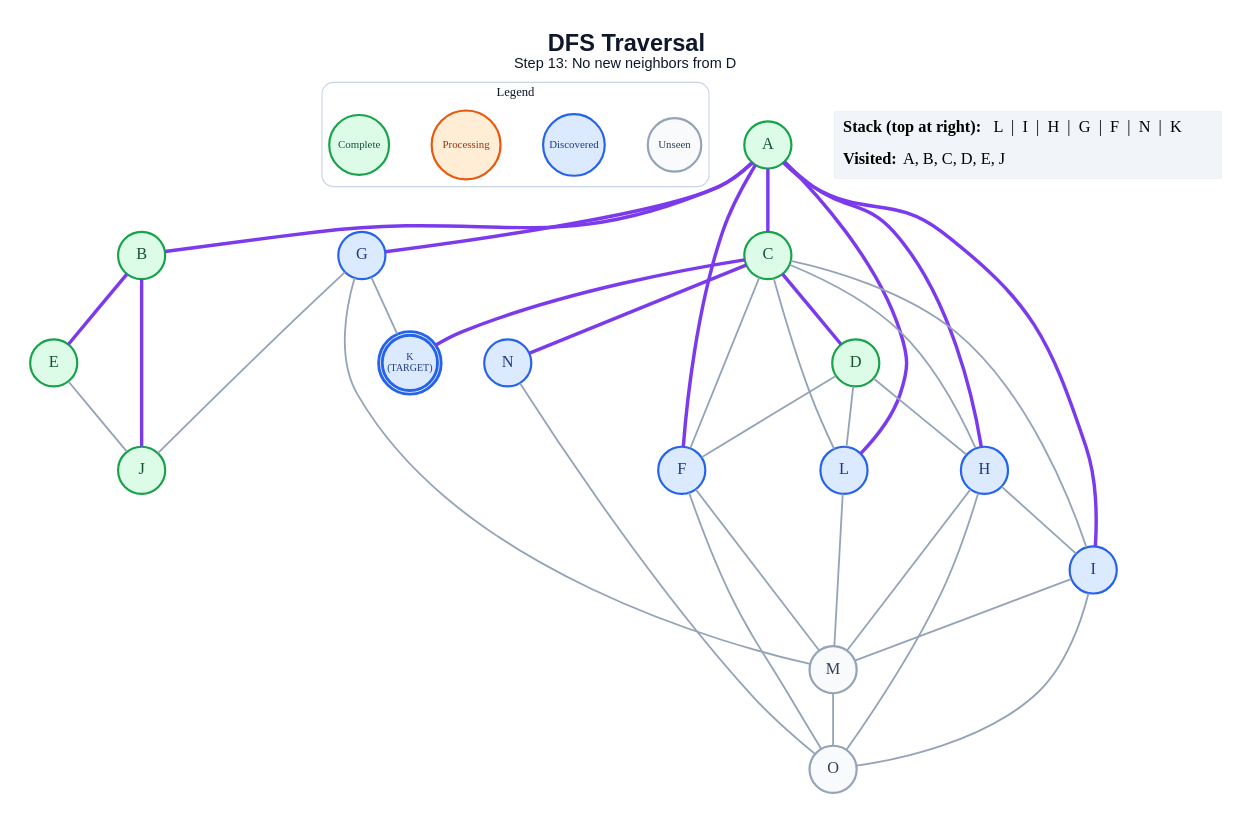
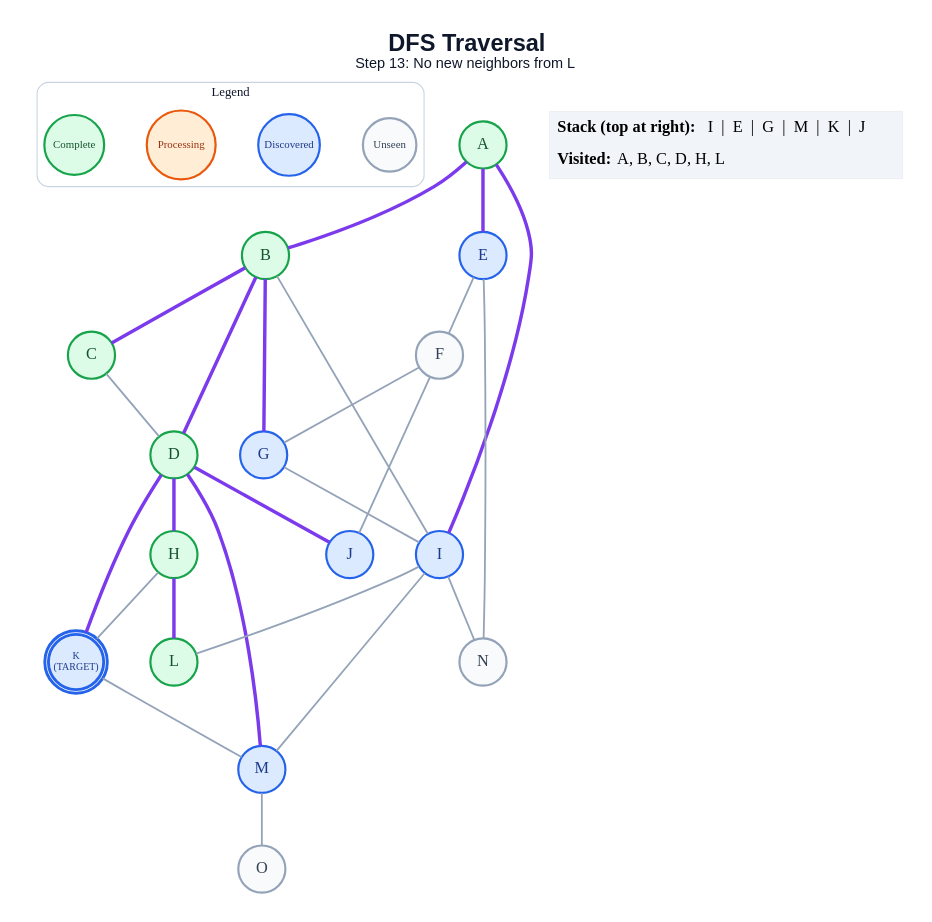
Before and after one commit to anon7238593-create/ai-slop: the diagram in generated/specific-node/dfs/step_13.dot, drawn with Graphviz. The commit also changed 264 other files, not shown here.

```diff
--- a/generated/specific-node/dfs/step_13.dot
+++ b/generated/specific-node/dfs/step_13.dot
@@ -1,67 +1,58 @@
 graph traversal {
   graph [layout=dot, rankdir=TB, bgcolor="#FFFFFF", pad="0.35", nodesep="0.65", ranksep="0.8", fontname="Arial"];
   node [shape=circle, style="filled", fontname="Arial Bold", fontsize=18, width=0.72, fixedsize=true, penwidth=2.4];
   edge [color="#94A3B8", penwidth=2.0];
-  label=<<B>DFS Traversal</B><BR/><FONT POINT-SIZE="16">Step 13: No new neighbors from D</FONT>>; labelloc="t"; fontsize=26; fontname="Arial"; fontcolor="#0F172A";
+  label=<<B>DFS Traversal</B><BR/><FONT POINT-SIZE="16">Step 13: No new neighbors from L</FONT>>; labelloc="t"; fontsize=26; fontname="Arial"; fontcolor="#0F172A";
   subgraph cluster_legend { label="Legend"; color="#CBD5E1"; penwidth=1.2; style="rounded"; fontsize=14; fontname="Arial Bold";
     key_unseen [label="Unseen", fillcolor="#F8FAFC", color="#94A3B8", fontcolor="#334155", fontsize=12, width=0.82];
     key_frontier [label="Discovered", fillcolor="#DBEAFE", color="#2563EB", fontcolor="#1E3A8A", fontsize=12, width=0.95];
     key_current [label="Processing", fillcolor="#FFEDD5", color="#EA580C", fontcolor="#9A3412", fontsize=12, width=1.05];
     key_done [label="Complete", fillcolor="#DCFCE7", color="#16A34A", fontcolor="#14532D", fontsize=12, width=0.92];
     { rank=same; key_unseen; key_frontier; key_current; key_done; }
   }
   A [label="A", fillcolor="#DCFCE7", color="#16A34A", fontcolor="#14532D", peripheries=1, penwidth=2.4];
   B [label="B", fillcolor="#DCFCE7", color="#16A34A", fontcolor="#14532D", peripheries=1, penwidth=2.4];
   C [label="C", fillcolor="#DCFCE7", color="#16A34A", fontcolor="#14532D", peripheries=1, penwidth=2.4];
   D [label="D", fillcolor="#DCFCE7", color="#16A34A", fontcolor="#14532D", peripheries=1, penwidth=2.4];
-  E [label="E", fillcolor="#DCFCE7", color="#16A34A", fontcolor="#14532D", peripheries=1, penwidth=2.4];
-  F [label="F", fillcolor="#DBEAFE", color="#2563EB", fontcolor="#1E3A8A", peripheries=1, penwidth=2.4];
+  E [label="E", fillcolor="#DBEAFE", color="#2563EB", fontcolor="#1E3A8A", peripheries=1, penwidth=2.4];
+  F [label="F", fillcolor="#F8FAFC", color="#94A3B8", fontcolor="#334155", peripheries=1, penwidth=2.4];
   G [label="G", fillcolor="#DBEAFE", color="#2563EB", fontcolor="#1E3A8A", peripheries=1, penwidth=2.4];
-  H [label="H", fillcolor="#DBEAFE", color="#2563EB", fontcolor="#1E3A8A", peripheries=1, penwidth=2.4];
+  H [label="H", fillcolor="#DCFCE7", color="#16A34A", fontcolor="#14532D", peripheries=1, penwidth=2.4];
   I [label="I", fillcolor="#DBEAFE", color="#2563EB", fontcolor="#1E3A8A", peripheries=1, penwidth=2.4];
-  J [label="J", fillcolor="#DCFCE7", color="#16A34A", fontcolor="#14532D", peripheries=1, penwidth=2.4];
+  J [label="J", fillcolor="#DBEAFE", color="#2563EB", fontcolor="#1E3A8A", peripheries=1, penwidth=2.4];
   K [label="K\n(TARGET)", fillcolor="#DBEAFE", color="#2563EB", fontcolor="#1E3A8A", peripheries=2, penwidth=3.2, fontsize=11, width=0.85, height=0.85];
-  L [label="L", fillcolor="#DBEAFE", color="#2563EB", fontcolor="#1E3A8A", peripheries=1, penwidth=2.4];
-  M [label="M", fillcolor="#F8FAFC", color="#94A3B8", fontcolor="#334155", peripheries=1, penwidth=2.4];
-  N [label="N", fillcolor="#DBEAFE", color="#2563EB", fontcolor="#1E3A8A", peripheries=1, penwidth=2.4];
+  L [label="L", fillcolor="#DCFCE7", color="#16A34A", fontcolor="#14532D", peripheries=1, penwidth=2.4];
+  M [label="M", fillcolor="#DBEAFE", color="#2563EB", fontcolor="#1E3A8A", peripheries=1, penwidth=2.4];
+  N [label="N", fillcolor="#F8FAFC", color="#94A3B8", fontcolor="#334155", peripheries=1, penwidth=2.4];
   O [label="O", fillcolor="#F8FAFC", color="#94A3B8", fontcolor="#334155", peripheries=1, penwidth=2.4];
   A -- B [color="#7C3AED", penwidth=3.8];
-  A -- C [color="#7C3AED", penwidth=3.8];
-  A -- F [color="#7C3AED", penwidth=3.8];
-  A -- G [color="#7C3AED", penwidth=3.8];
-  A -- H [color="#7C3AED", penwidth=3.8];
+  A -- E [color="#7C3AED", penwidth=3.8];
   A -- I [color="#7C3AED", penwidth=3.8];
-  A -- L [color="#7C3AED", penwidth=3.8];
-  B -- E [color="#7C3AED", penwidth=3.8];
-  B -- J [color="#7C3AED", penwidth=3.8];
-  C -- D [color="#7C3AED", penwidth=3.8];
-  C -- F;
-  C -- H;
-  C -- I;
-  C -- K [color="#7C3AED", penwidth=3.8];
-  C -- L;
-  C -- N [color="#7C3AED", penwidth=3.8];
-  D -- F;
-  D -- H;
-  D -- L;
-  E -- J;
-  F -- M;
-  F -- O;
-  G -- J;
-  G -- K;
-  G -- M;
-  H -- I;
-  H -- M;
-  H -- O;
+  B -- C [color="#7C3AED", penwidth=3.8];
+  B -- D [color="#7C3AED", penwidth=3.8];
+  B -- G [color="#7C3AED", penwidth=3.8];
+  B -- I;
+  C -- D;
+  D -- H [color="#7C3AED", penwidth=3.8];
+  D -- J [color="#7C3AED", penwidth=3.8];
+  D -- K [color="#7C3AED", penwidth=3.8];
+  D -- M [color="#7C3AED", penwidth=3.8];
+  E -- F;
+  E -- N;
+  F -- G;
+  F -- J;
+  G -- I;
+  H -- K;
+  H -- L [color="#7C3AED", penwidth=3.8];
+  I -- L;
   I -- M;
-  I -- O;
-  L -- M;
+  I -- N;
+  K -- M;
   M -- O;
-  N -- O;
   status [shape=plain, fixedsize=false, width=0, height=0, margin=0, label=<
     <TABLE BORDER="0" CELLBORDER="0" CELLPADDING="7" BGCOLOR="#F1F5F9">
-      <TR><TD ALIGN="LEFT"><B>Stack (top at right):</B> L  |  I  |  H  |  G  |  F  |  N  |  K</TD></TR>
-      <TR><TD ALIGN="LEFT"><B>Visited:</B> A, B, C, D, E, J</TD></TR>
+      <TR><TD ALIGN="LEFT"><B>Stack (top at right):</B> I  |  E  |  G  |  M  |  K  |  J</TD></TR>
+      <TR><TD ALIGN="LEFT"><B>Visited:</B> A, B, C, D, H, L</TD></TR>
     </TABLE>
   >];
 }
```
